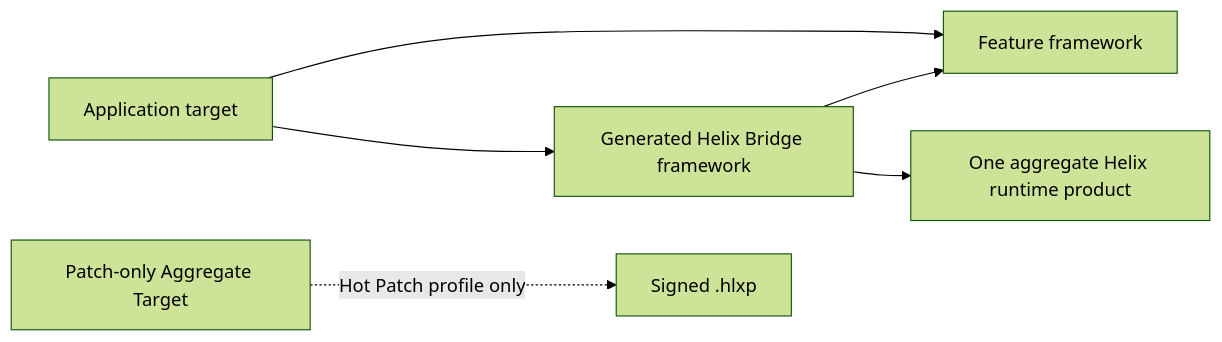
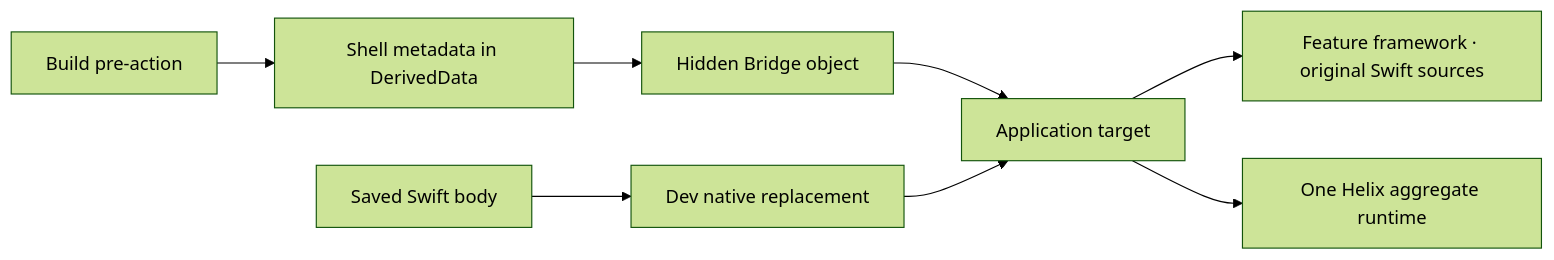
Before and after one commit to TangentW/Helix: the diagram in Docs/Getting-Started.md, drawn with Mermaid (forest theme). The commit also changed other lines of this file and 78 other files, not shown here.

First line of the commit message:
feat: simplify hot patch and reload integration

````diff
--- a/Docs/Getting-Started.md
+++ b/Docs/Getting-Started.md
@@ -32,8 +27,10 @@
 ```mermaid
 flowchart LR
-    A["Application target"] --> F["Feature framework"]
-    A --> B["Generated Helix Bridge framework"]
-    B --> F
-    B --> R["One aggregate Helix runtime product"]
-    P["Patch-only Aggregate Target"] -. "Hot Patch profile only" .-> H["Signed .hlxp"]
+    A["Application target"] --> F["Feature framework · original Swift sources"]
+    A --> R["One Helix aggregate runtime"]
+    P["Build pre-action"] --> S["Shell metadata in DerivedData"]
+    S --> H["Hidden Bridge object"]
+    H --> A
+    D["Saved Swift body"] --> N["Dev native replacement"]
+    N --> A
 ```
````
